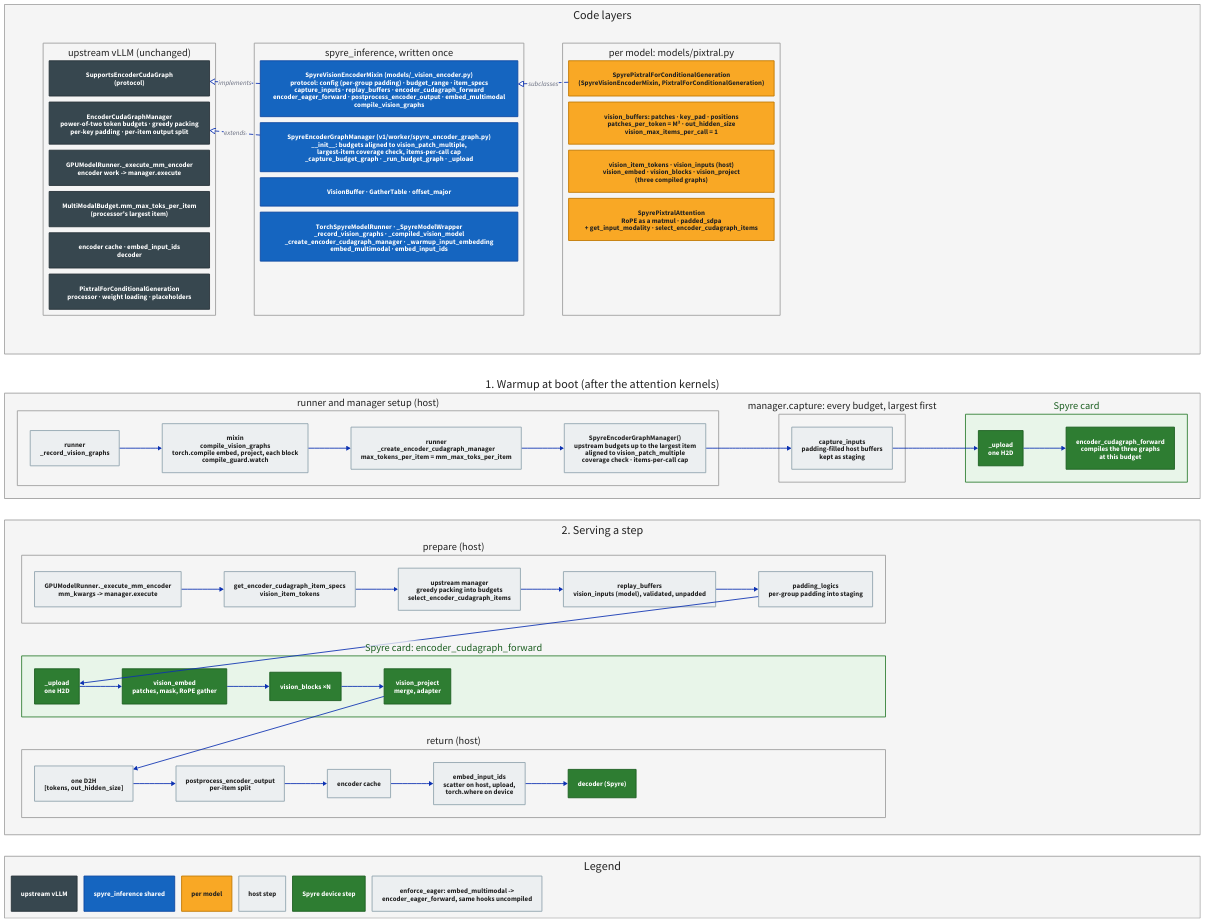
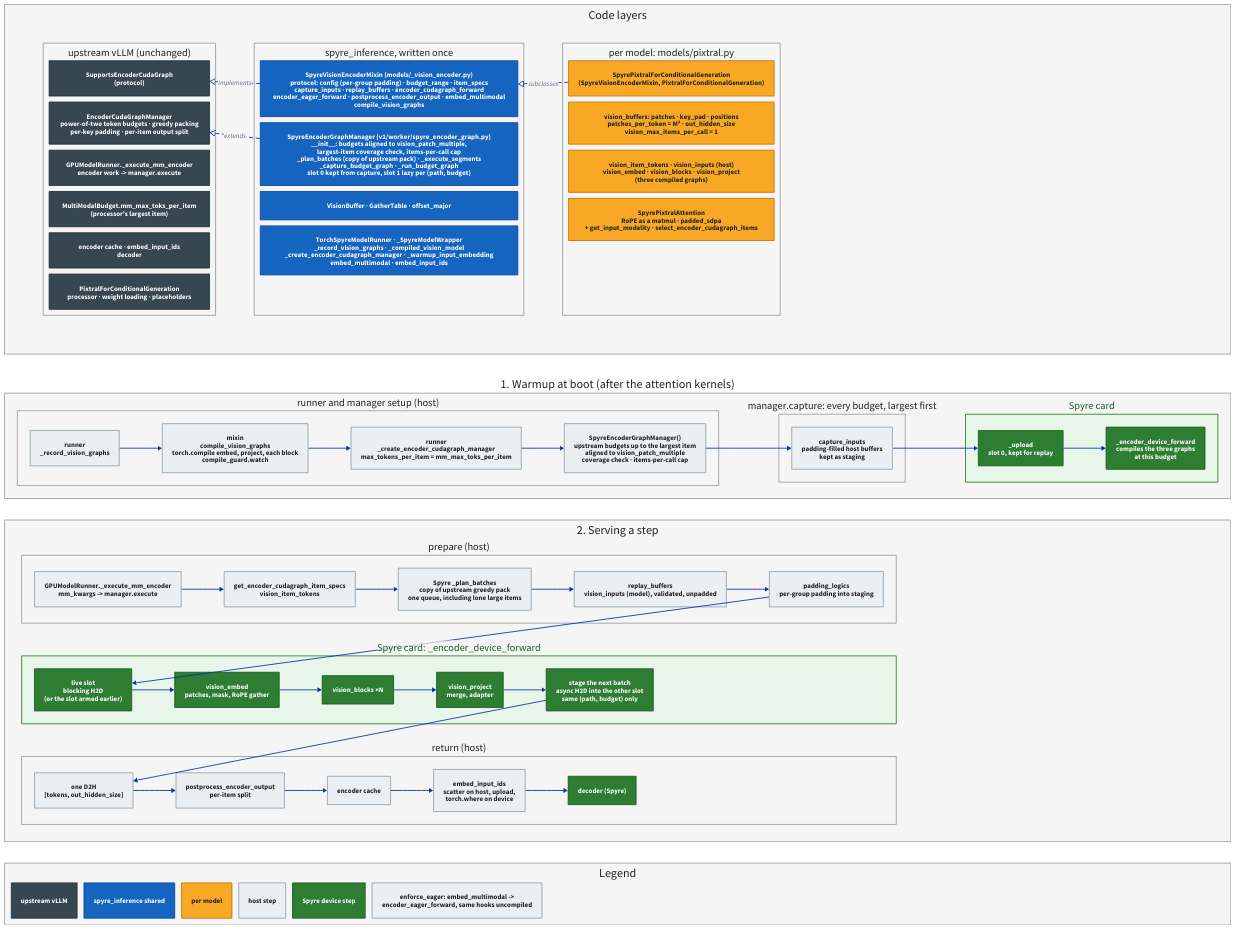
Before and after one commit to torch-spyre/spyre-inference: the diagram in docs/architecture/multimodal-vision-encoder.d2, drawn with D2. The commit also changed 5 other files, not shown here.

First line of the commit message:
fix(vision): block the slot the encoder forward reads immediately

```diff
--- a/docs/architecture/multimodal-vision-encoder.d2
+++ b/docs/architecture/multimodal-vision-encoder.d2
@@ -1,196 +1,197 @@
 # Multimodal vision encoders on Spyre: compiled, bucketed on upstream's encoder budgets
 #
 # Source for multimodal-vision-encoder.svg. Design from spyre-inference#828, as implemented in
 # models/_vision_encoder.py, v1/worker/spyre_encoder_graph.py and v1/worker/spyre_model_runner.py,
 # with models/pixtral.py as the reference model.
 #
 # Top: the three code layers. Bottom: warmup at boot, then one serving step. In the flows, grey
 # steps run on the host and green steps on the Spyre card; labels name the code that runs each step.
 #
 # Render:
 #   d2 --layout elk --pad 40 docs/architecture/multimodal-vision-encoder.d2 docs/architecture/multimodal-vision-encoder.svg
 
 classes: {
   vllm: {
     style.fill: "#37474f"
     style.stroke: "#263238"
     style.font-color: "#ffffff"
   }
   spyre: {
     style.fill: "#1565c0"
     style.stroke: "#0d47a1"
     style.font-color: "#ffffff"
   }
   model: {
     style.fill: "#f9a825"
     style.stroke: "#c17900"
     style.font-color: "#212121"
   }
   host: {
     style.fill: "#eceff1"
     style.stroke: "#90a4ae"
     style.font-color: "#212121"
   }
   device: {
     style.fill: "#2e7d32"
     style.stroke: "#1b5e20"
     style.font-color: "#ffffff"
   }
   group: {
     style.fill: "#f5f5f5"
     style.stroke: "#9e9e9e"
     style.font-color: "#212121"
   }
   card: {
     style.fill: "#e8f5e9"
     style.stroke: "#2e7d32"
     style.stroke-width: 2
     style.font-color: "#1b5e20"
   }
   inherit: {
     style.stroke-dash: 4
     target-arrowhead.shape: triangle
     target-arrowhead.style.filled: false
   }
 }
 
 grid-rows: 4
 grid-columns: 1
 grid-gap: 50
 
 code: "Code layers" {
   class: group
   grid-rows: 1
   grid-columns: 3
   grid-gap: 90
 
   upstream: "upstream vLLM (unchanged)" {
     class: group
     grid-rows: 6
     grid-columns: 1
     grid-gap: 14
 
     protocol: "SupportsEncoderCudaGraph\n(protocol)" {class: vllm}
     manager: "EncoderCudaGraphManager\npower-of-two token budgets · greedy packing\nper-key padding · per-item output split" {class: vllm}
     execute: "GPUModelRunner._execute_mm_encoder\nencoder work -> manager.execute" {class: vllm}
     budget: "MultiModalBudget.mm_max_toks_per_item\n(processor's largest item)" {class: vllm}
     cache: "encoder cache · embed_input_ids\ndecoder" {class: vllm}
     pixtral: "PixtralForConditionalGeneration\nprocessor · weight loading · placeholders" {class: vllm}
   }
 
   shared: "spyre_inference, written once" {
     class: group
     grid-rows: 4
     grid-columns: 1
     grid-gap: 14
 
     mixin: "SpyreVisionEncoderMixin (models/_vision_encoder.py)\nprotocol: config (per-group padding) · budget_range · item_specs\ncapture_inputs · replay_buffers · encoder_cudagraph_forward\nencoder_eager_forward · postprocess_encoder_output · embed_multimodal\ncompile_vision_graphs" {class: spyre}
-    gm: "SpyreEncoderGraphManager (v1/worker/spyre_encoder_graph.py)\n__init__: budgets aligned to vision_patch_multiple,\nlargest-item coverage check, items-per-call cap\n_capture_budget_graph · _run_budget_graph · _upload" {class: spyre}
+    gm: "SpyreEncoderGraphManager (v1/worker/spyre_encoder_graph.py)\n__init__: budgets aligned to vision_patch_multiple,\nlargest-item coverage check, items-per-call cap\n_plan_batches (copy of upstream pack) · _execute_segments\n_capture_budget_graph · _run_budget_graph\nslot 0 kept from capture, slot 1 lazy per (path, budget)" {class: spyre}
     helpers: "VisionBuffer · GatherTable · offset_major" {class: spyre}
     runner: "TorchSpyreModelRunner · _SpyreModelWrapper\n_record_vision_graphs · _compiled_vision_model\n_create_encoder_cudagraph_manager · _warmup_input_embedding\nembed_multimodal · embed_input_ids" {class: spyre}
   }
 
   model: "per model: models/pixtral.py" {
     class: group
     grid-rows: 4
     grid-columns: 1
     grid-gap: 14
 
     cls: "SpyrePixtralForConditionalGeneration\n(SpyreVisionEncoderMixin, PixtralForConditionalGeneration)" {class: model}
     attrs: "vision_buffers: patches · key_pad · positions\npatches_per_token = M² · out_hidden_size\nvision_max_items_per_call = 1" {class: model}
     hooks: "vision_item_tokens · vision_inputs (host)\nvision_embed · vision_blocks · vision_project\n(three compiled graphs)" {class: model}
     attn: "SpyrePixtralAttention\nRoPE as a matmul · padded_sdpa\n+ get_input_modality · select_encoder_cudagraph_items" {class: model}
   }
 
   shared.mixin -> upstream.protocol: implements {class: inherit}
   shared.gm -> upstream.manager: extends {class: inherit}
   model.cls -> shared.mixin: subclasses {class: inherit}
 }
 
 warmup: "1. Warmup at boot (after the attention kernels)" {
   class: group
   direction: right
 
   setup: "runner and manager setup (host)" {
     class: group
     direction: down
     record: "runner\n_record_vision_graphs" {class: host}
     wrap: "mixin\ncompile_vision_graphs\ntorch.compile embed, project, each block\ncompile_guard.watch" {class: host}
     create: "runner\n_create_encoder_cudagraph_manager\nmax_tokens_per_item = mm_max_toks_per_item" {class: host}
     build: "SpyreEncoderGraphManager()\nupstream budgets up to the largest item\naligned to vision_patch_multiple\ncoverage check · items-per-call cap" {class: host}
     record -> wrap -> create -> build
   }
 
   capture: "manager.capture: every budget, largest first" {
     class: group
     direction: down
     stage: "capture_inputs\npadding-filled host buffers\nkept as staging" {class: host}
   }
 
   card: "Spyre card" {
     class: card
     direction: down
-    up: "_upload\none H2D" {class: device}
-    fwd: "encoder_cudagraph_forward\ncompiles the three graphs\nat this budget" {class: device}
+    up: "_upload\nslot 0, kept for replay" {class: device}
+    fwd: "_encoder_device_forward\ncompiles the three graphs\nat this budget" {class: device}
     up -> fwd
   }
 
   setup.build -> capture.stage
   capture.stage -> card.up
 }
 
 serving: "2. Serving a step" {
   class: group
   grid-rows: 3
   grid-columns: 1
   grid-gap: 40
 
   prep: "prepare (host)" {
     class: group
     direction: right
     mm: "GPUModelRunner._execute_mm_encoder\nmm_kwargs -> manager.execute" {class: host}
     specs: "get_encoder_cudagraph_item_specs\nvision_item_tokens" {class: host}
-    pack: "upstream manager\ngreedy packing into budgets\nselect_encoder_cudagraph_items" {class: host}
+    pack: "Spyre _plan_batches\ncopy of upstream greedy pack\none queue, including lone large items" {class: host}
     inputs: "replay_buffers\nvision_inputs (model), validated, unpadded" {class: host}
     pad: "padding_logics\nper-group padding into staging" {class: host}
     mm -> specs -> pack -> inputs -> pad
   }
 
-  card: "Spyre card: encoder_cudagraph_forward" {
+  card: "Spyre card: _encoder_device_forward" {
     class: card
     direction: right
-    up: "_upload\none H2D" {class: device}
+    up: "live slot\nblocking H2D\n(or the slot armed earlier)" {class: device}
     embed: "vision_embed\npatches, mask, RoPE gather" {class: device}
     blocks: "vision_blocks ×N" {class: device}
     project: "vision_project\nmerge, adapter" {class: device}
-    up -> embed -> blocks -> project
+    arm: "stage the next batch\nasync H2D into the other slot\nsame (path, budget) only" {class: device}
+    up -> embed -> blocks -> project -> arm
   }
 
   back: "return (host)" {
     class: group
     direction: right
     d2h: "one D2H\n[tokens, out_hidden_size]" {class: host}
     split: "postprocess_encoder_output\nper-item split" {class: host}
     cache: "encoder cache" {class: host}
     merge: "embed_input_ids\nscatter on host, upload,\ntorch.where on device" {class: host}
     decoder: "decoder (Spyre)" {class: device}
     d2h -> split -> cache -> merge -> decoder
   }
 
   prep.pad -> card.up
-  card.project -> back.d2h
+  card.arm -> back.d2h
 }
 
 legend: "Legend" {
   class: group
   grid-rows: 1
   grid-columns: 6
   grid-gap: 16
 
   l1: "upstream vLLM" {class: vllm}
   l2: "spyre_inference shared" {class: spyre}
   l3: "per model" {class: model}
   l4: "host step" {class: host}
   l5: "Spyre device step" {class: device}
   l6: "enforce_eager: embed_multimodal ->\nencoder_eager_forward, same hooks uncompiled" {class: host}
 }
```
